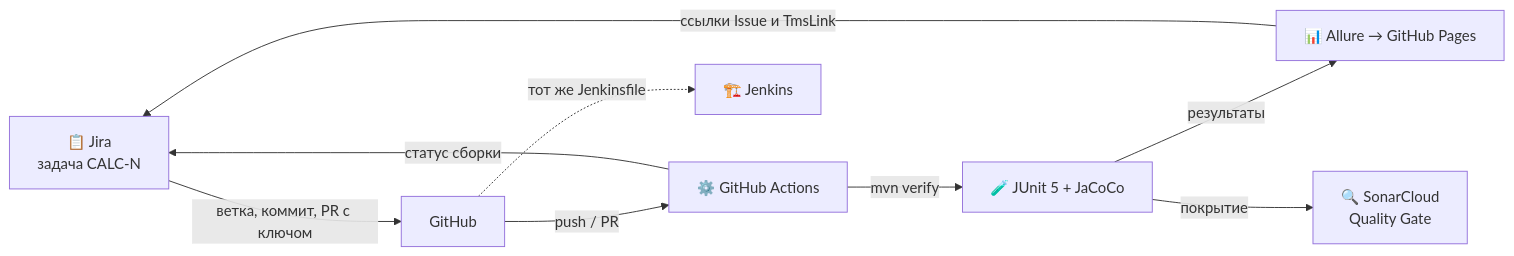
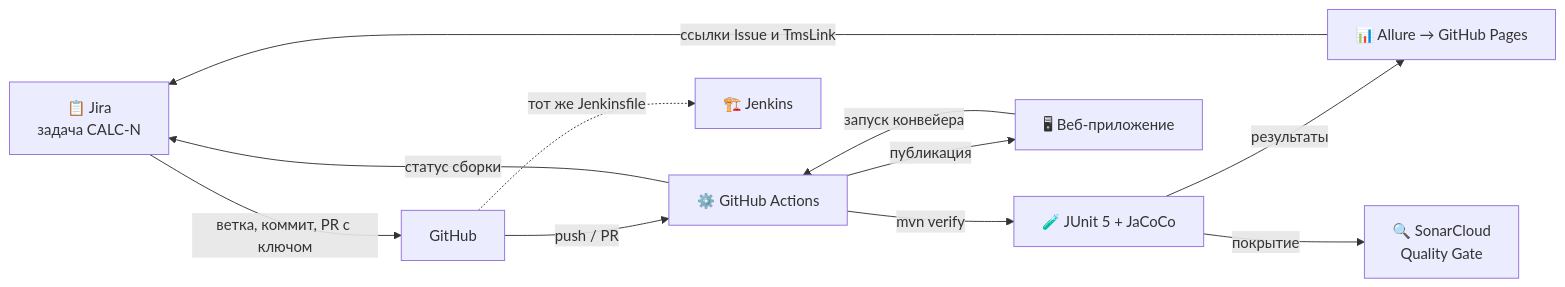
One commit to ravshanbekrakhmetullayev-ui/java-calculator changed the diagram in README.md. Above: the diagram before and after it, drawn with Mermaid. The commit also changed other lines of this file and 1 other file, not shown here.

Commit message:
CALC-26 README: веб-приложение в интеграциях и структуре проекта

````diff
--- a/README.md
+++ b/README.md
@@ -35,11 +39,13 @@
 ```mermaid
 flowchart LR
     J["📋 Jira<br/>задача CALC-N"] -->|"ветка, коммит, PR с ключом"| G["GitHub"]
     G -->|"push / PR"| A["⚙️ GitHub Actions"]
     A -->|"mvn verify"| T["🧪 JUnit 5 + JaCoCo"]
     T -->|"результаты"| R["📊 Allure → GitHub Pages"]
     T -->|"покрытие"| S["🔍 SonarCloud<br/>Quality Gate"]
     A -->|"статус сборки"| J
     R -->|"ссылки Issue и TmsLink"| J
     G -.->|"тот же Jenkinsfile"| K["🏗️ Jenkins"]
+    A -->|"публикация"| W["🖥 Веб-приложение"]
+    W -->|"запуск конвейера"| A
 ```
````
